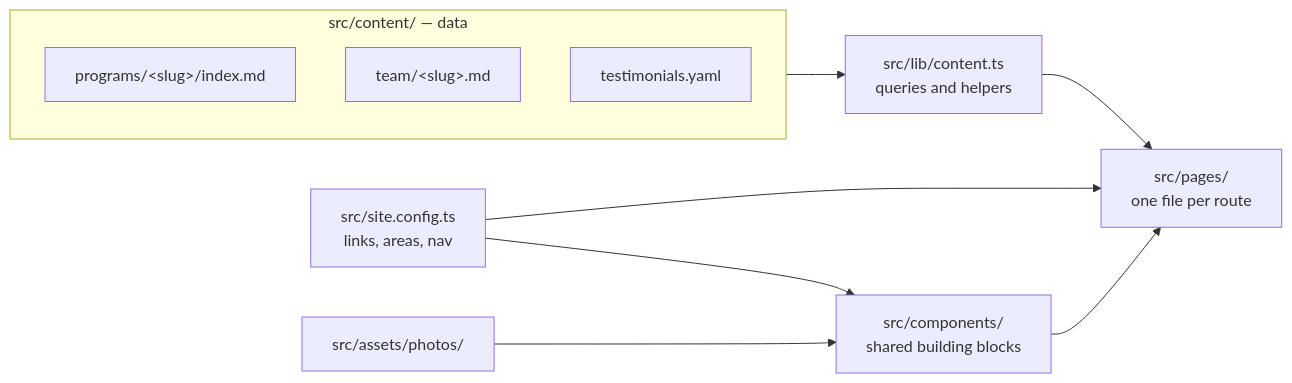
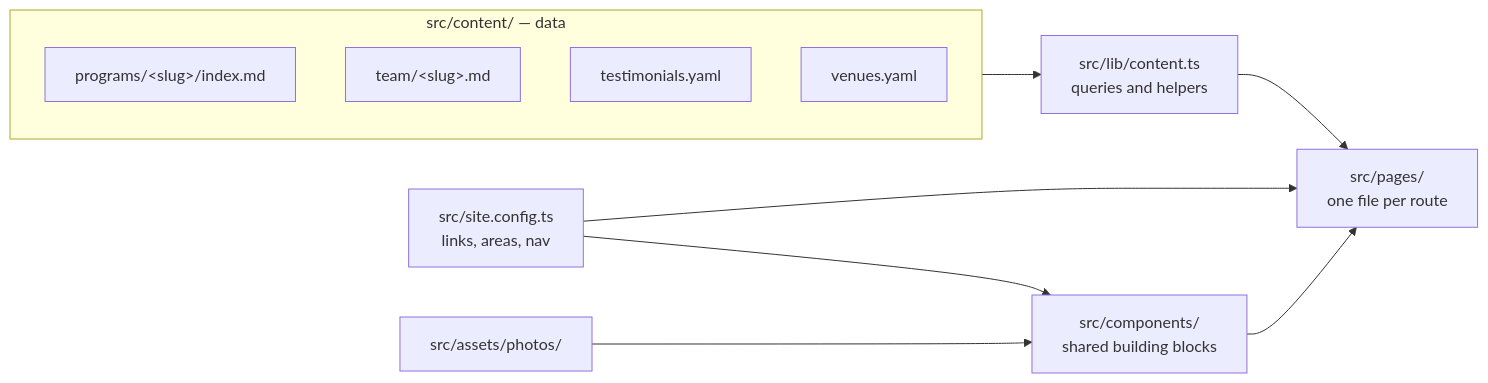
Before and after one commit to Sabeel-Institute/sabeel-website-test: the first of 2 diagrams in AGENTS.md, drawn with Mermaid. The commit also changed other lines of this file and 86 other files, not shown here.

````diff
--- a/AGENTS.md
+++ b/AGENTS.md
@@ -62,18 +63,19 @@
 ```mermaid
 flowchart LR
   subgraph content["src/content/ — data"]
     P["programs/&lt;slug&gt;/index.md"]
     T["team/&lt;slug&gt;.md"]
     Q["testimonials.yaml"]
+    V["venues.yaml"]
   end
   CFG["src/site.config.ts<br/>links, areas, nav"]
   PH["src/assets/photos/"]
   LIB["src/lib/content.ts<br/>queries and helpers"]
   CMP["src/components/<br/>shared building blocks"]
   PG["src/pages/<br/>one file per route"]
   content --> LIB --> PG
   CFG --> PG
   CFG --> CMP
   PH --> CMP
   CMP --> PG
 ```
````
